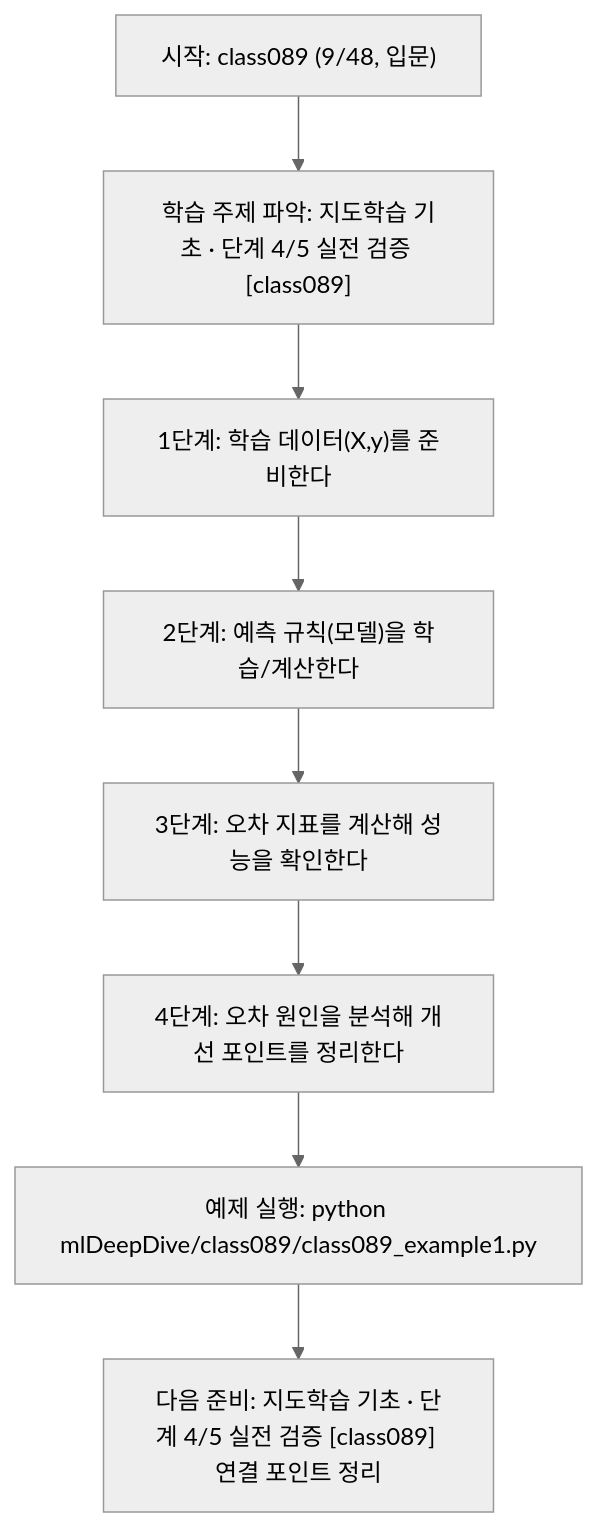
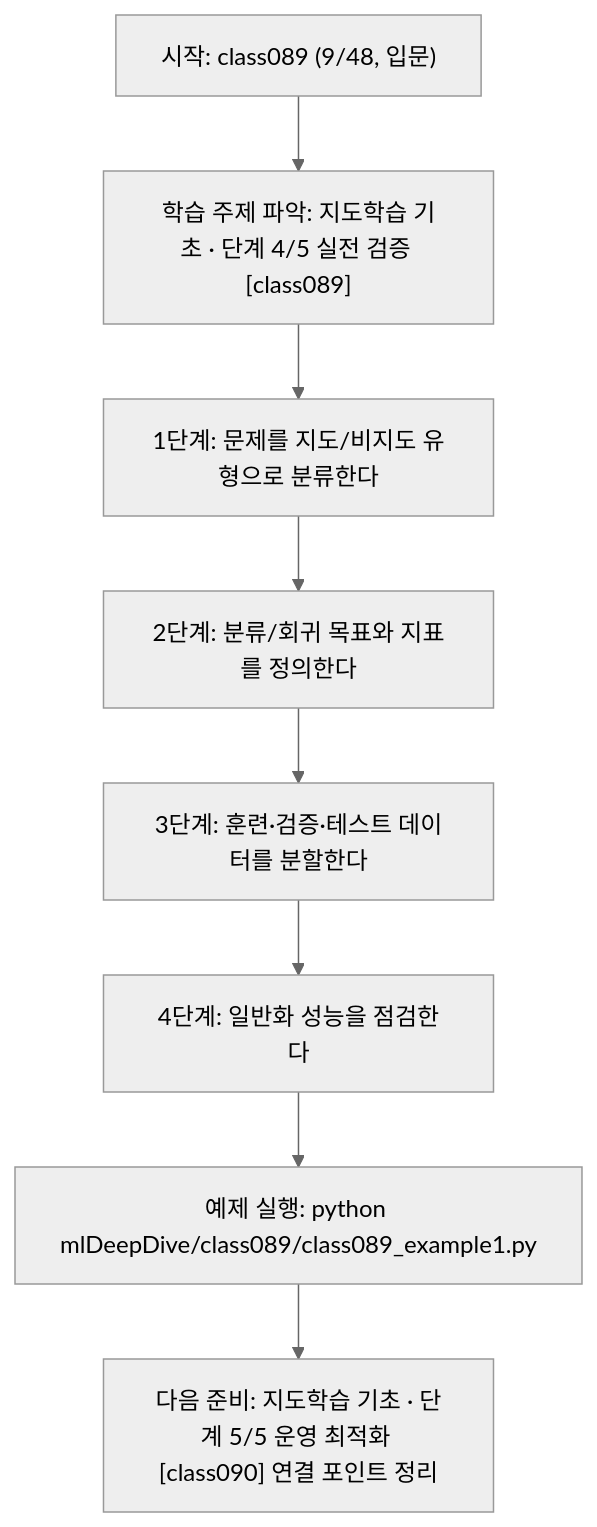
One commit to edumgt/Python-AI_Agent-Class changed the diagram in mlDeepDive/class089/class089.md. Above: the diagram before and after it, drawn with Mermaid (neutral theme). The commit also changed other lines of this file and 338 other files, not shown here.

````diff
--- a/mlDeepDive/class089/class089.md
+++ b/mlDeepDive/class089/class089.md
@@ -109,18 +91,18 @@
 ```mermaid
 flowchart TD
 N1["시작: class089 (9/48, 입문)"]
 N2["학습 주제 파악: 지도학습 기초 · 단계 4/5 실전 검증 [class089]"]
-N3["1단계: 학습 데이터(X,y)를 준비한다"]
-N4["2단계: 예측 규칙(모델)을 학습/계산한다"]
-N5["3단계: 오차 지표를 계산해 성능을 확인한다"]
-N6["4단계: 오차 원인을 분석해 개선 포인트를 정리한다"]
+N3["1단계: 문제를 지도/비지도 유형으로 분류한다"]
+N4["2단계: 분류/회귀 목표와 지표를 정의한다"]
+N5["3단계: 훈련·검증·테스트 데이터를 분할한다"]
+N6["4단계: 일반화 성능을 점검한다"]
 N7["예제 실행: python mlDeepDive/class089/class089_example1.py"]
-N8["다음 준비: 지도학습 기초 · 단계 4/5 실전 검증 [class089] 연결 포인트 정리"]
+N8["다음 준비: 지도학습 기초 · 단계 5/5 운영 최적화 [class090] 연결 포인트 정리"]
 N1 --> N2
 N2 --> N3
 N3 --> N4
 N4 --> N5
 N5 --> N6
 N6 --> N7
 N7 --> N8
 ```
````
